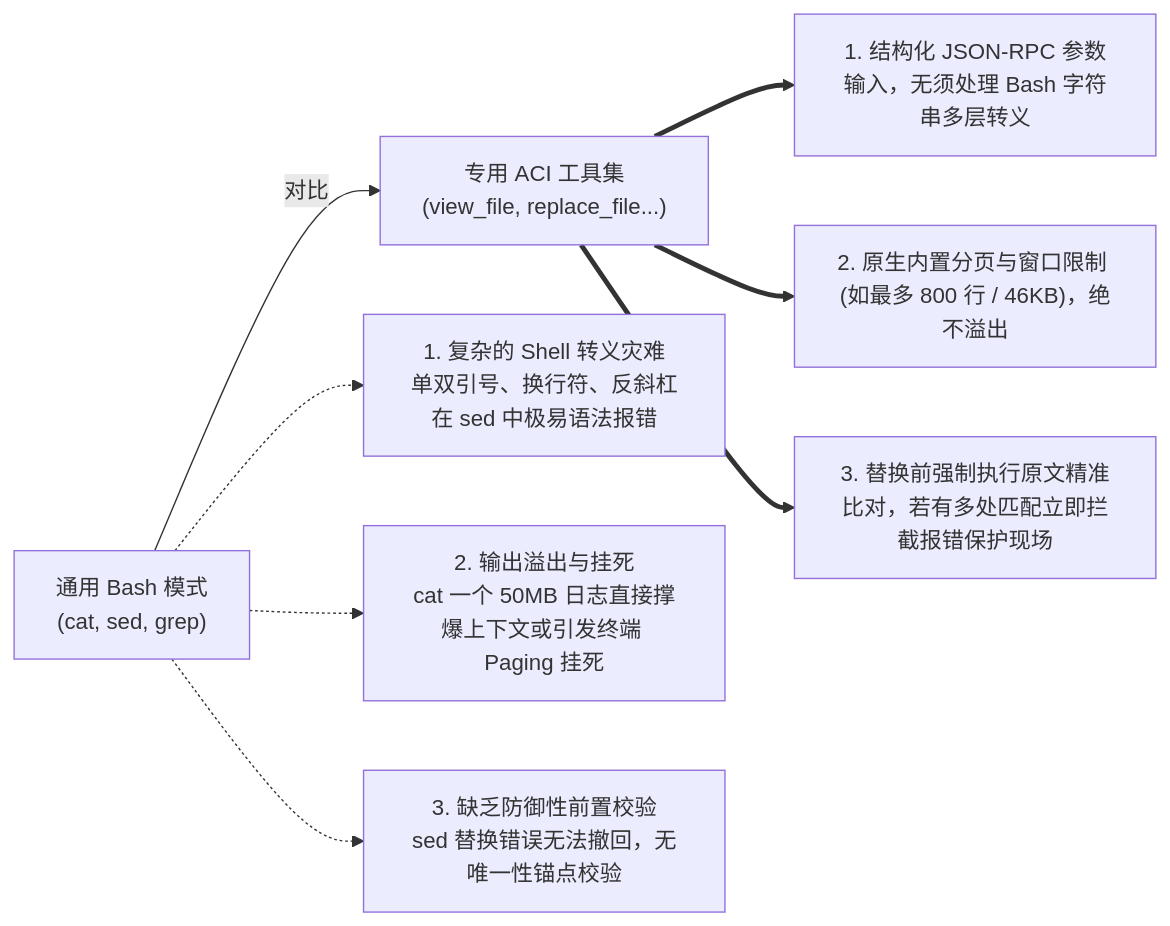
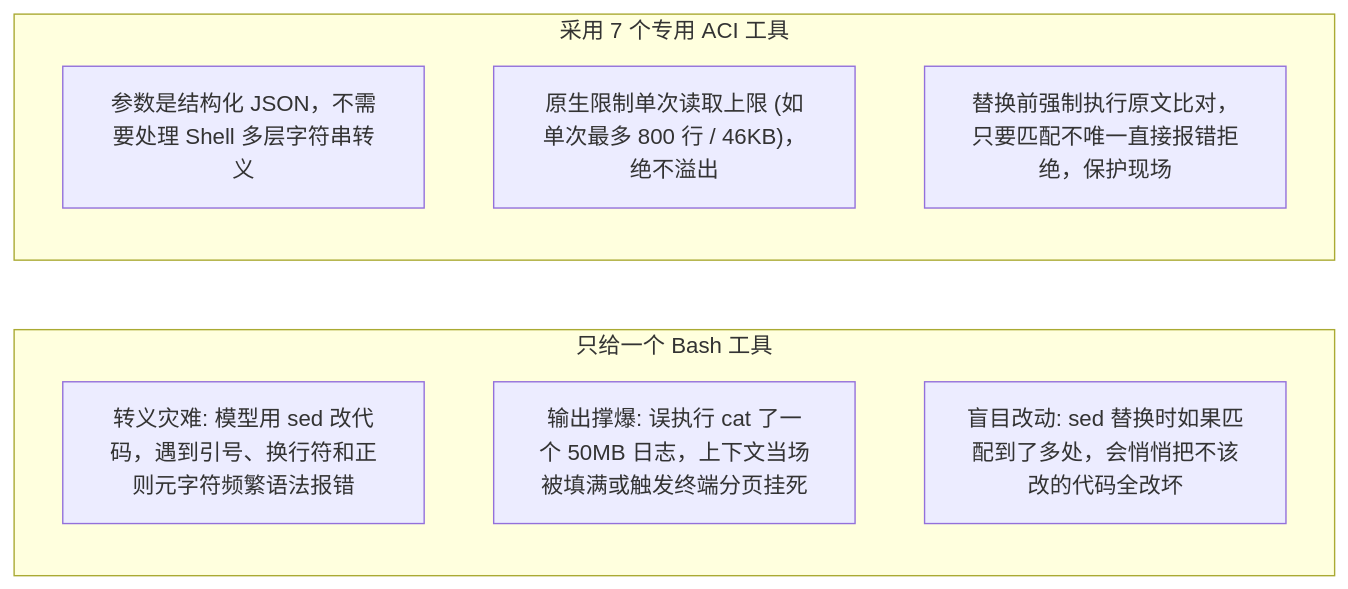
One commit to ljh12138164/ai-agent-study changed the second of 2 diagrams in app/ch05-coding/01-coding-agent-tools/page.mdx. Above: the diagram before and after it, drawn with Mermaid. The commit also changed other lines of this file and 43 other files, not shown here.

````diff
--- a/app/ch05-coding/01-coding-agent-tools/page.mdx
+++ b/app/ch05-coding/01-coding-agent-tools/page.mdx
@@ -44,12 +40,14 @@
 ```mermaid
-graph LR
-    A["通用 Bash 模式<br/>(cat, sed, grep)"] -->|对比| B["专用 ACI 工具集<br/>(view_file, replace_file...)"]
-    
-    A -.-> Fail1["1. 复杂的 Shell 转义灾难<br/>单双引号、换行符、反斜杠在 sed 中极易语法报错"]
-    A -.-> Fail2["2. 输出溢出与挂死<br/>cat 一个 50MB 日志直接撑爆上下文或引发终端 Paging 挂死"]
-    A -.-> Fail3["3. 缺乏防御性前置校验<br/>sed 替换错误无法撤回，无唯一性锚点校验"]
-    
-    B ==> Win1["1. 结构化 JSON-RPC 参数输入，无须处理 Bash 字符串多层转义"]
-    B ==> Win2["2. 原生内置分页与窗口限制 (如最多 800 行 / 46KB)，绝不溢出"]
-    B ==> Win32["3. 替换前强制执行原文精准比对，若有多处匹配立即拦截报错保护现场"]
+flowchart LR
+    subgraph Bad["只给一个 Bash 工具"]
+        B1["转义灾难: 模型用 sed 改代码，遇到引号、换行符和正则元字符频繁语法报错"]
+        B2["输出撑爆: 误执行 cat 了一个 50MB 日志，上下文当场被填满或触发终端分页挂死"]
+        B3["盲目改动: sed 替换时如果匹配到了多处，会悄悄把不该改的代码全改坏"]
+    end
+
+    subgraph Good["采用 7 个专用 ACI 工具"]
+        G1["参数是结构化 JSON，不需要处理 Shell 多层字符串转义"]
+        G2["原生限制单次读取上限 (如单次最多 800 行 / 46KB)，绝不溢出"]
+        G3["替换前强制执行原文比对，只要匹配不唯一直接报错拒绝，保护现场"]
+    end
 ```
````
